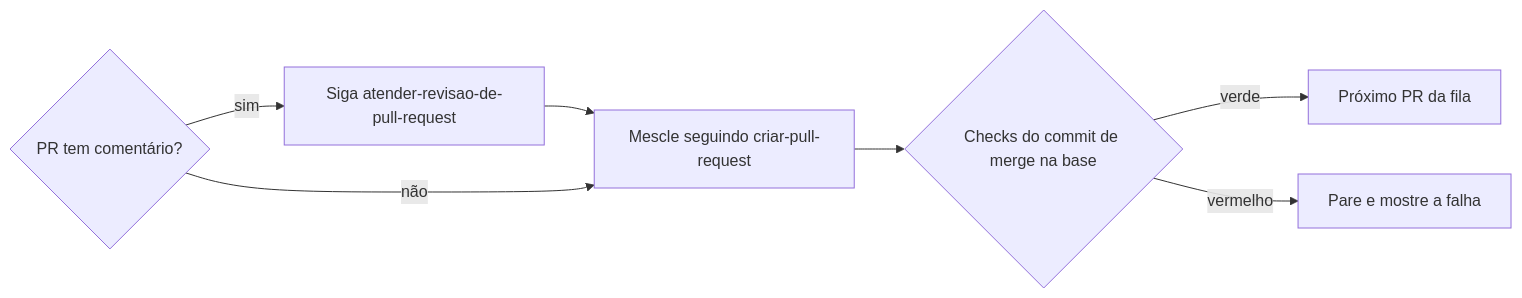
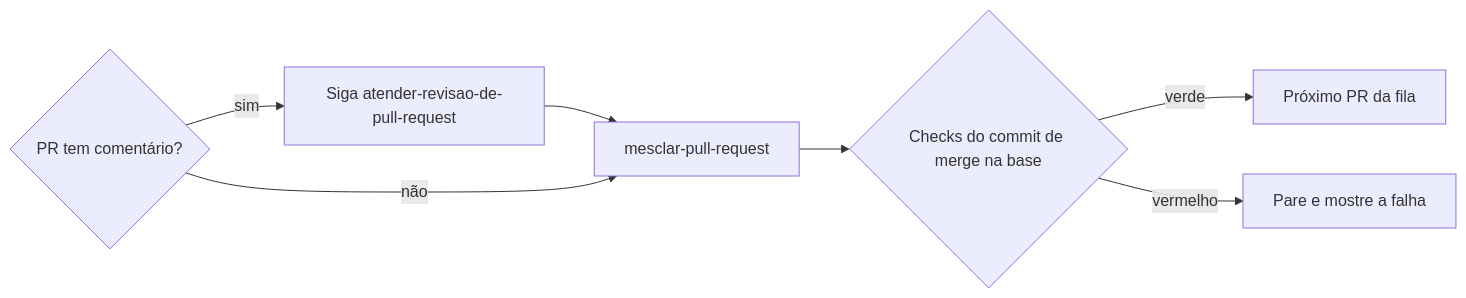
Before and after one commit to jimmyandrade/harness: the diagram in .agents/skills/avaliar-atualizacoes-de-dependencia/SKILL.md, drawn with Mermaid. The commit also changed other lines of this file and 8 other files, not shown here.

First line of the commit message:
refactor(skills): move the merge out of criar-pull-request into mesclar-pull-request (#613)

````diff
--- a/.agents/skills/avaliar-atualizacoes-de-dependencia/SKILL.md
+++ b/.agents/skills/avaliar-atualizacoes-de-dependencia/SKILL.md
@@ -69,9 +70,9 @@
 ```mermaid
 flowchart LR
   A{PR tem comentário?} -->|sim| B[Siga atender-revisao-de-pull-request]
-  B --> C[Mescle seguindo criar-pull-request]
+  B --> C[mesclar-pull-request]
   A -->|não| C
   C --> D{Checks do commit de merge na base}
   D -->|verde| E[Próximo PR da fila]
   D -->|vermelho| F[Pare e mostre a falha]
 ```
````
